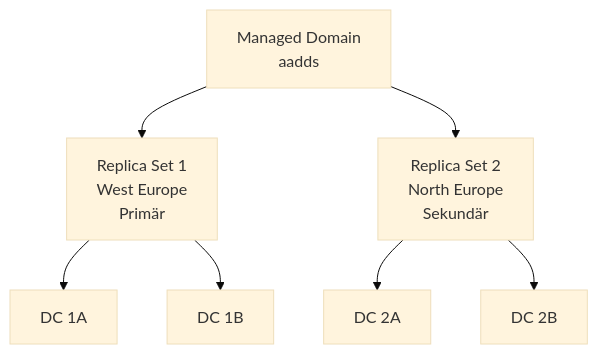
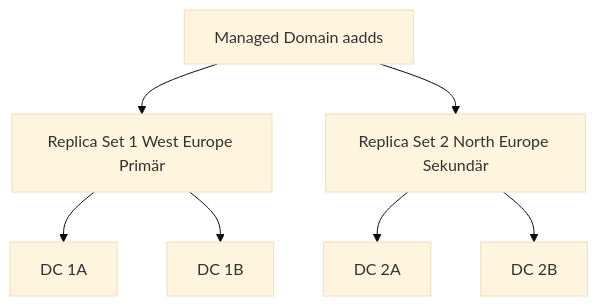
One commit to SoniiiT/notes-n-docs changed the fifth of 5 diagrams in Microsoft 365/Azure/Identität und Schlüssel/Azure AD Domain Services.md. Above: the diagram before and after it, drawn with Mermaid (base theme). The commit also changed other lines of this file and 124 other files, not shown here.

First line of the commit message:
fix: Entferne \n aus allen Mermaid-Diagrammen (125 Dateien)

````diff
--- a/Microsoft 365/Azure/Identität und Schlüssel/Azure AD Domain Services.md
+++ b/Microsoft 365/Azure/Identität und Schlüssel/Azure AD Domain Services.md
@@ -238,7 +238,7 @@
 ```mermaid
 graph TD
-    MD[Managed Domain\naadds] --> RS1[Replica Set 1\nWest Europe\nPrimär]
-    MD --> RS2[Replica Set 2\nNorth Europe\nSekundär]
+    MD[Managed Domain aadds] --> RS1[Replica Set 1 West Europe Primär]
+    MD --> RS2[Replica Set 2 North Europe Sekundär]
     RS1 --> DC1A[DC 1A] & DC1B[DC 1B]
     RS2 --> DC2A[DC 2A] & DC2B[DC 2B]
 ```
````
